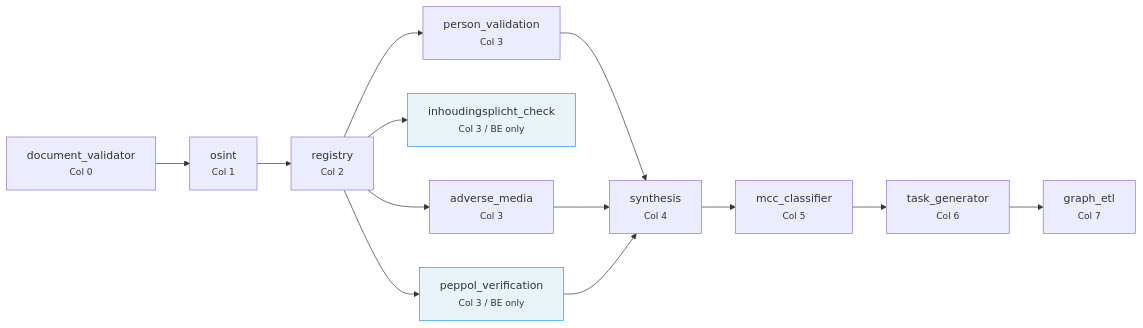
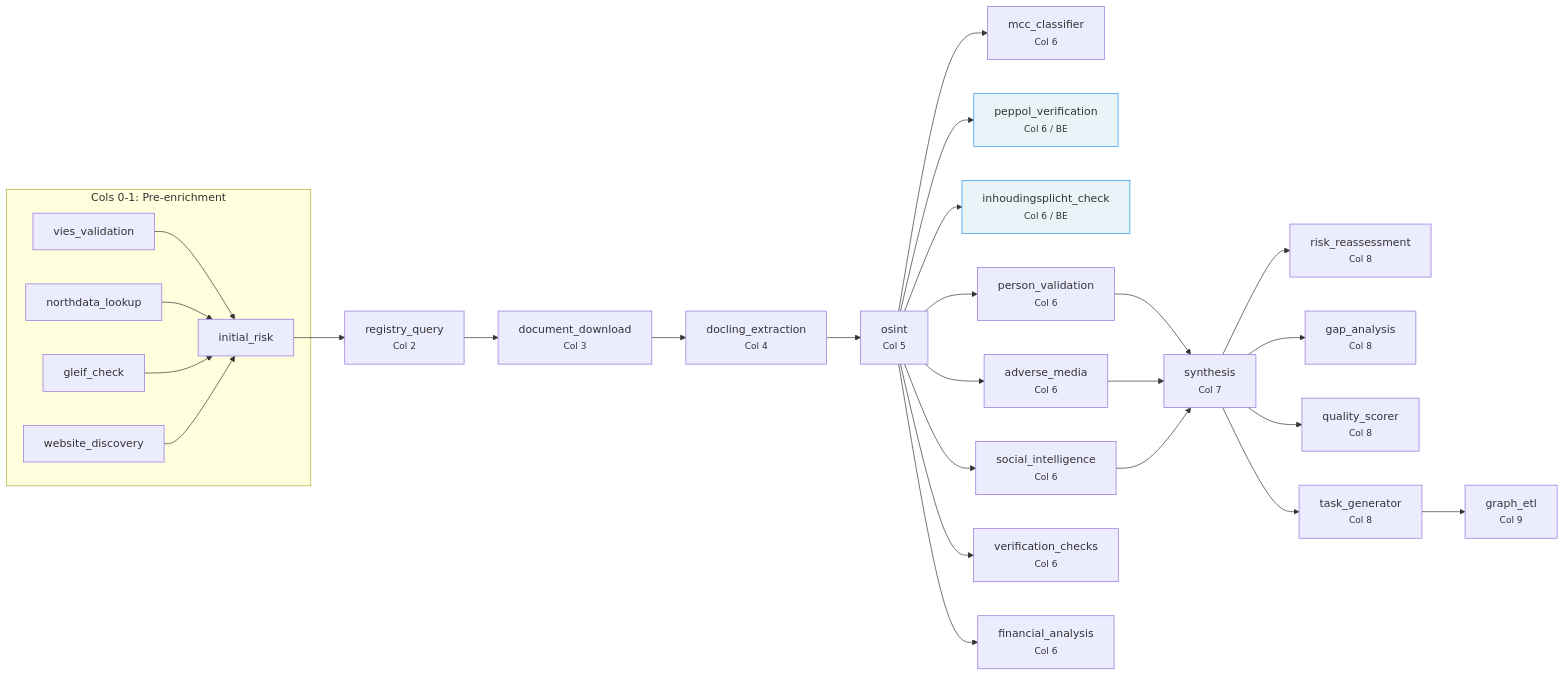
One commit to Tsunami-max/trust-relay-docs changed the first of 2 diagrams in docs/architecture/agentic-os.md. Above: the diagram before and after it, drawn with Mermaid. The commit also changed other lines of this file and 177 other files, not shown here.

````diff
--- a/docs/architecture/agentic-os.md
+++ b/docs/architecture/agentic-os.md
@@ -38,27 +40,52 @@
 ```mermaid
 graph LR
-    DV["document_validator<br/><small>Col 0</small>"]
-    OSINT["osint<br/><small>Col 1</small>"]
-    REG["registry<br/><small>Col 2</small>"]
-    PEP["peppol_verification<br/><small>Col 3 / BE only</small>"]
-    INH["inhoudingsplicht_check<br/><small>Col 3 / BE only</small>"]
-    PV["person_validation<br/><small>Col 3</small>"]
-    AM["adverse_media<br/><small>Col 3</small>"]
-    SYN["synthesis<br/><small>Col 4</small>"]
-    MCC["mcc_classifier<br/><small>Col 5</small>"]
-    TG["task_generator<br/><small>Col 6</small>"]
-    GE["graph_etl<br/><small>Col 7</small>"]
+    subgraph PRE["Cols 0-1: Pre-enrichment"]
+        VIES["vies_validation"]
+        ND["northdata_lookup"]
+        GLEIF["gleif_check"]
+        WEB["website_discovery"]
+        IR["initial_risk"]
+    end
+    REG["registry_query<br/><small>Col 2</small>"]
+    DD["document_download<br/><small>Col 3</small>"]
+    DOC["docling_extraction<br/><small>Col 4</small>"]
+    OSINT["osint<br/><small>Col 5</small>"]
+    MCC["mcc_classifier<br/><small>Col 6</small>"]
+    PEP["peppol_verification<br/><small>Col 6 / BE</small>"]
+    INH["inhoudingsplicht_check<br/><small>Col 6 / BE</small>"]
+    PV["person_validation<br/><small>Col 6</small>"]
+    AM["adverse_media<br/><small>Col 6</small>"]
+    SI["social_intelligence<br/><small>Col 6</small>"]
+    VC["verification_checks<br/><small>Col 6</small>"]
+    FA["financial_analysis<br/><small>Col 6</small>"]
+    SYN["synthesis<br/><small>Col 7</small>"]
+    RR["risk_reassessment<br/><small>Col 8</small>"]
+    GA["gap_analysis<br/><small>Col 8</small>"]
+    QS["quality_scorer<br/><small>Col 8</small>"]
+    TG["task_generator<br/><small>Col 8</small>"]
+    GE["graph_etl<br/><small>Col 9</small>"]
 
-    DV --> OSINT --> REG
-    REG --> PEP
-    REG --> INH
-    REG --> PV
-    REG --> AM
+    VIES --> IR
+    ND --> IR
+    GLEIF --> IR
+    WEB --> IR
+    IR --> REG --> DD --> DOC --> OSINT
+    OSINT --> MCC
+    OSINT --> PEP
+    OSINT --> INH
+    OSINT --> PV
+    OSINT --> AM
+    OSINT --> SI
+    OSINT --> VC
+    OSINT --> FA
     PV --> SYN
     AM --> SYN
-    PEP --> SYN
-    SYN --> MCC --> TG --> GE
+    SI --> SYN
+    SYN --> RR
+    SYN --> GA
+    SYN --> QS
+    SYN --> TG --> GE
 
     style PEP fill:#e8f4f8,stroke:#2196F3
     style INH fill:#e8f4f8,stroke:#2196F3
 ```
````
